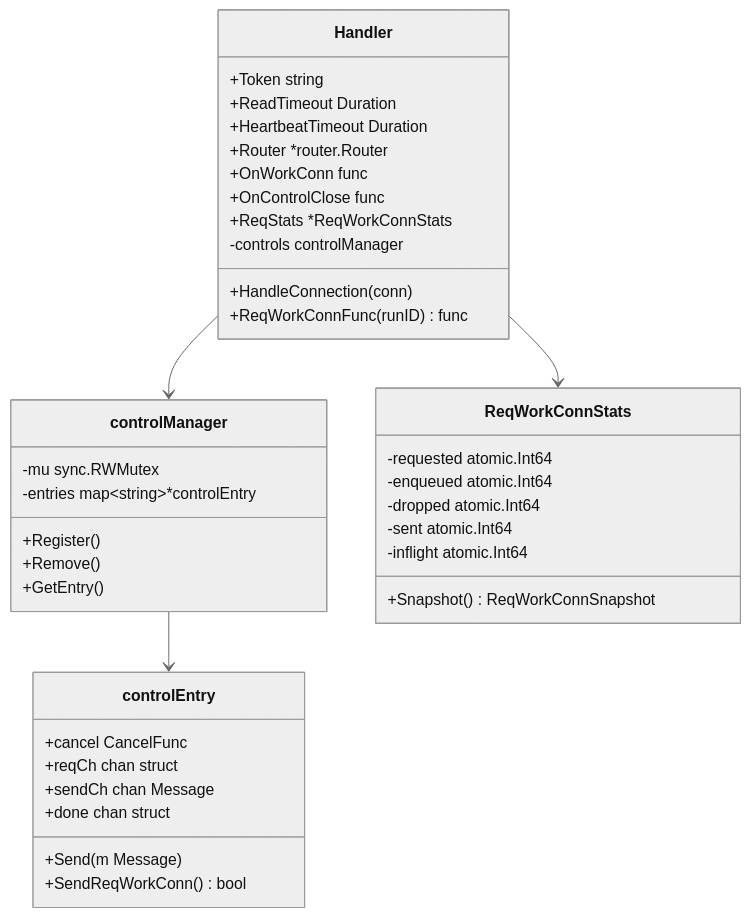
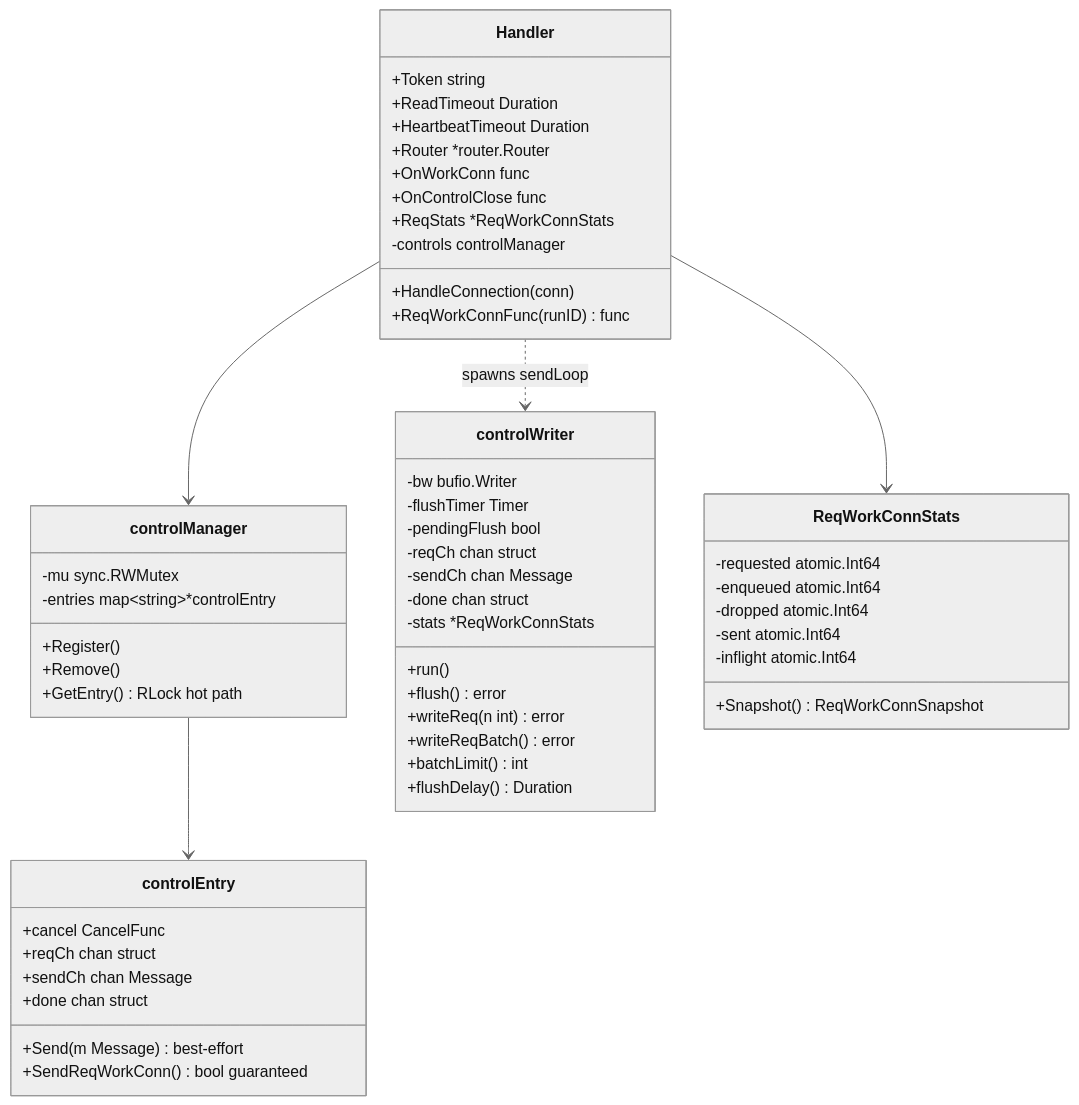
Before and after one commit to cagojeiger/drp: the third of 15 diagrams in docs/architecture/components.md, drawn with Mermaid (neutral theme). The commit also changed other lines of this file and 4 other files, not shown here.

First line of the commit message:
docs: sync architecture + spec with refactor rounds 1-6

````diff
--- a/docs/architecture/components.md
+++ b/docs/architecture/components.md
@@ -38,45 +58,62 @@
 ```mermaid
 classDiagram
     class Handler {
         +Token string
         +ReadTimeout Duration
         +HeartbeatTimeout Duration
         +Router *router.Router
         +OnWorkConn func
         +OnControlClose func
         +ReqStats *ReqWorkConnStats
         -controls controlManager
         +HandleConnection(conn)
         +ReqWorkConnFunc(runID) func
     }
 
     class controlManager {
         -mu sync.RWMutex
         -entries map~string~*controlEntry
         +Register()
         +Remove()
-        +GetEntry()
+        +GetEntry() RLock hot path
     }
 
     class controlEntry {
         +cancel CancelFunc
         +reqCh chan struct
         +sendCh chan Message
         +done chan struct
-        +Send(m Message)
-        +SendReqWorkConn() bool
+        +Send(m Message) best-effort
+        +SendReqWorkConn() bool guaranteed
+    }
+
+    class controlWriter {
+        -bw bufio.Writer
+        -flushTimer Timer
+        -pendingFlush bool
+        -reqCh chan struct
+        -sendCh chan Message
+        -done chan struct
+        -stats *ReqWorkConnStats
+        +run()
+        +flush() error
+        +writeReq(n int) error
+        +writeReqBatch() error
+        +batchLimit() int
+        +flushDelay() Duration
     }
 
     class ReqWorkConnStats {
         -requested atomic.Int64
         -enqueued atomic.Int64
         -dropped atomic.Int64
         -sent atomic.Int64
         -inflight atomic.Int64
         +Snapshot() ReqWorkConnSnapshot
     }
 
     Handler --> controlManager
     controlManager --> controlEntry
     Handler --> ReqWorkConnStats
+    Handler ..> controlWriter : spawns sendLoop
 ```
````
